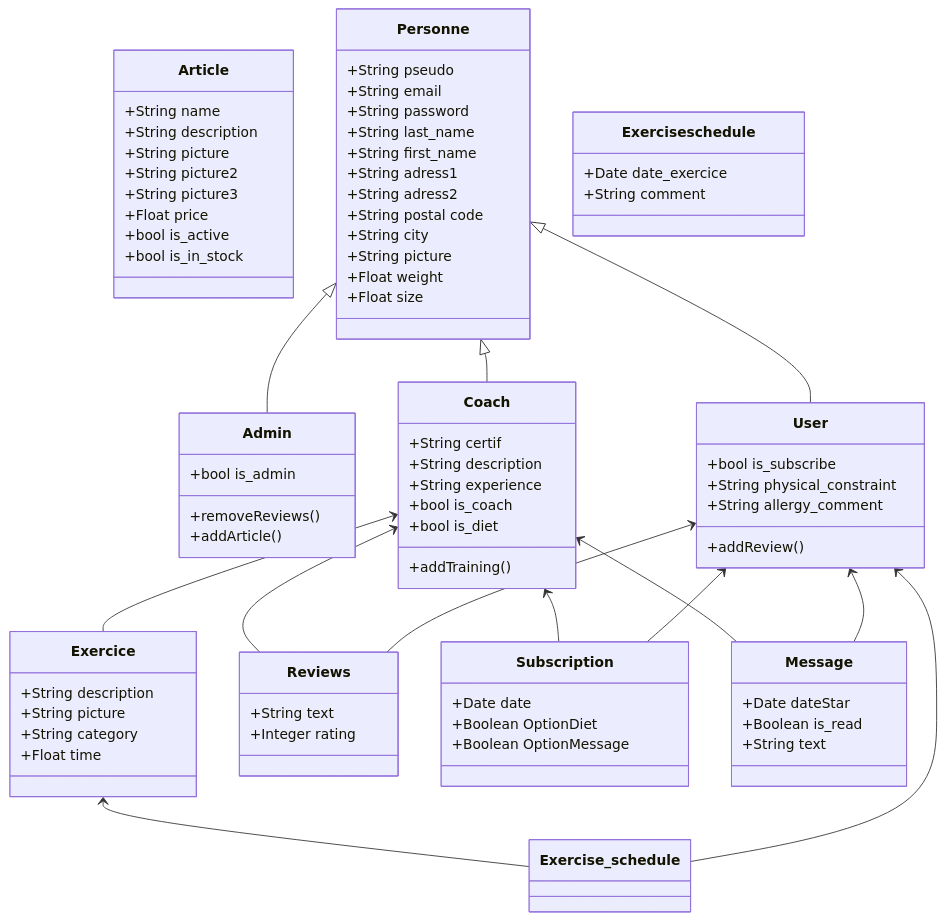
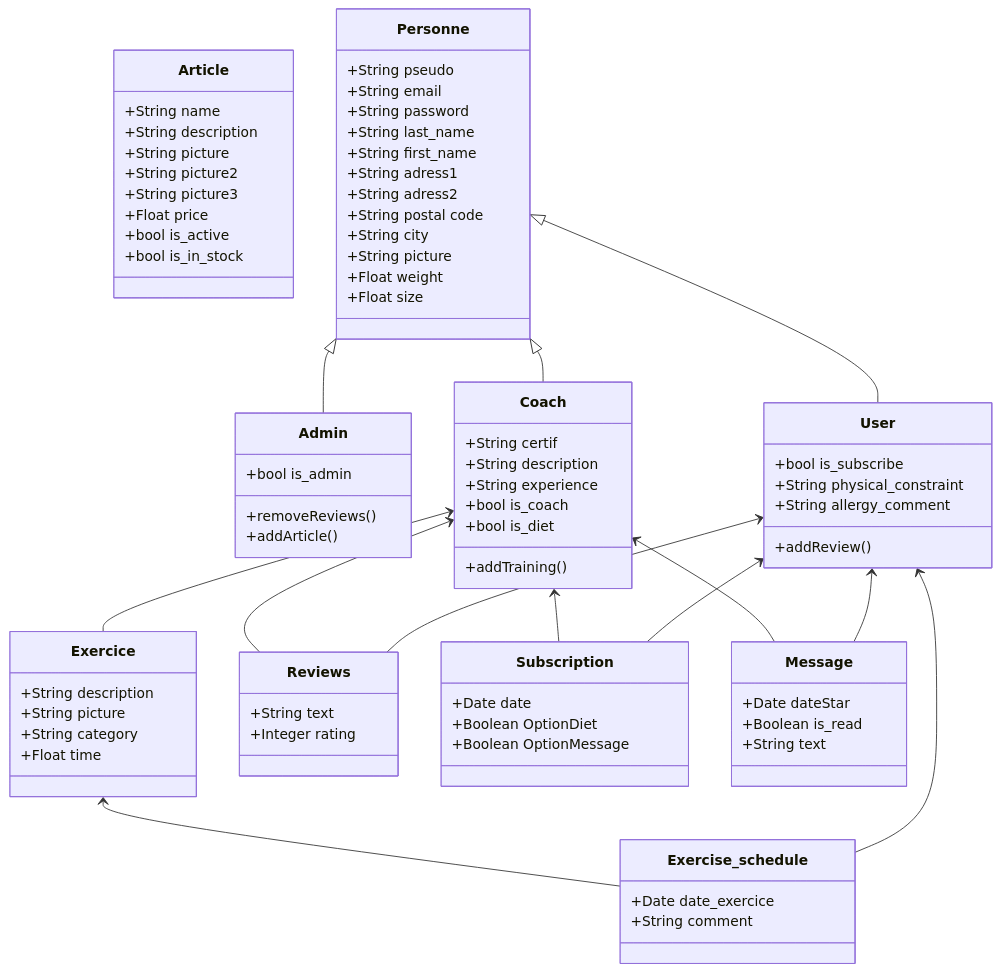
Before and after one commit to Genia888/FitnessHub: the diagram in Documentation/class_diagram.md, drawn with Mermaid.

Commit message:
Fix class name formatting for Exercise_schedule in class diagram

```diff
--- a/Documentation/class_diagram.md
+++ b/Documentation/class_diagram.md
@@ -37,7 +37,7 @@
       +Float time
     }
 
-    class Exercise schedule {
+    class Exercise_schedule {
       +Date date_exercice
       +String comment
     }
```
